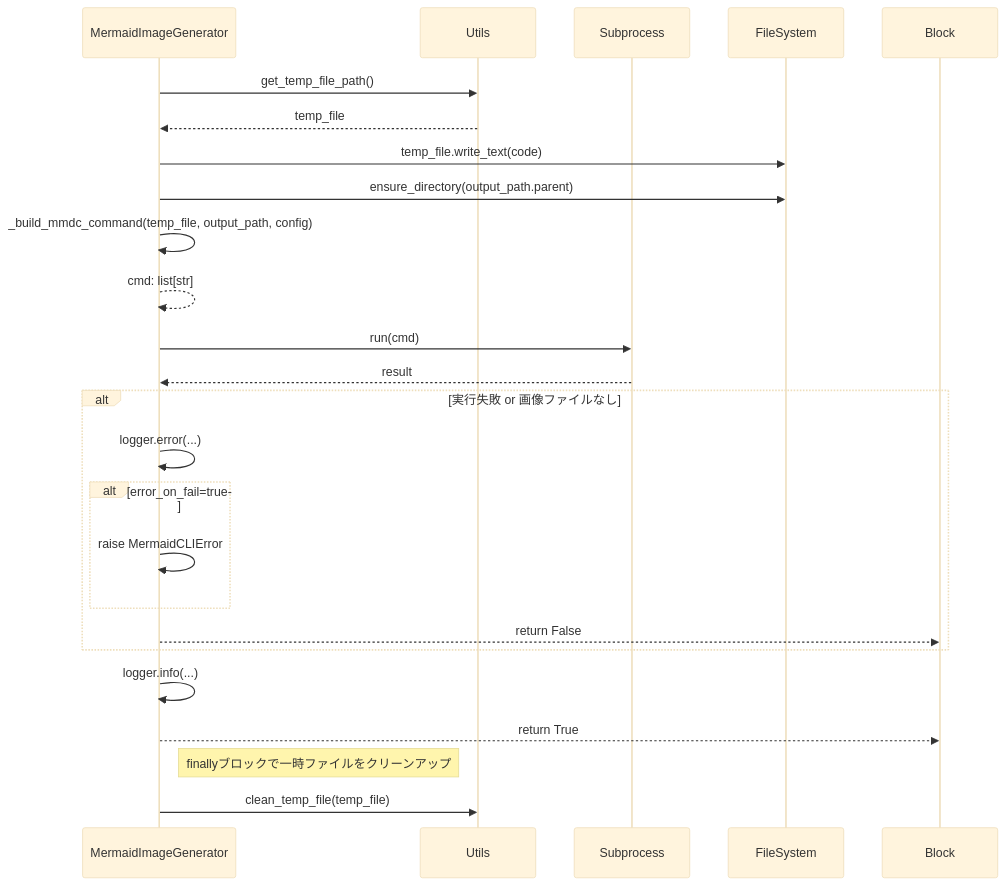
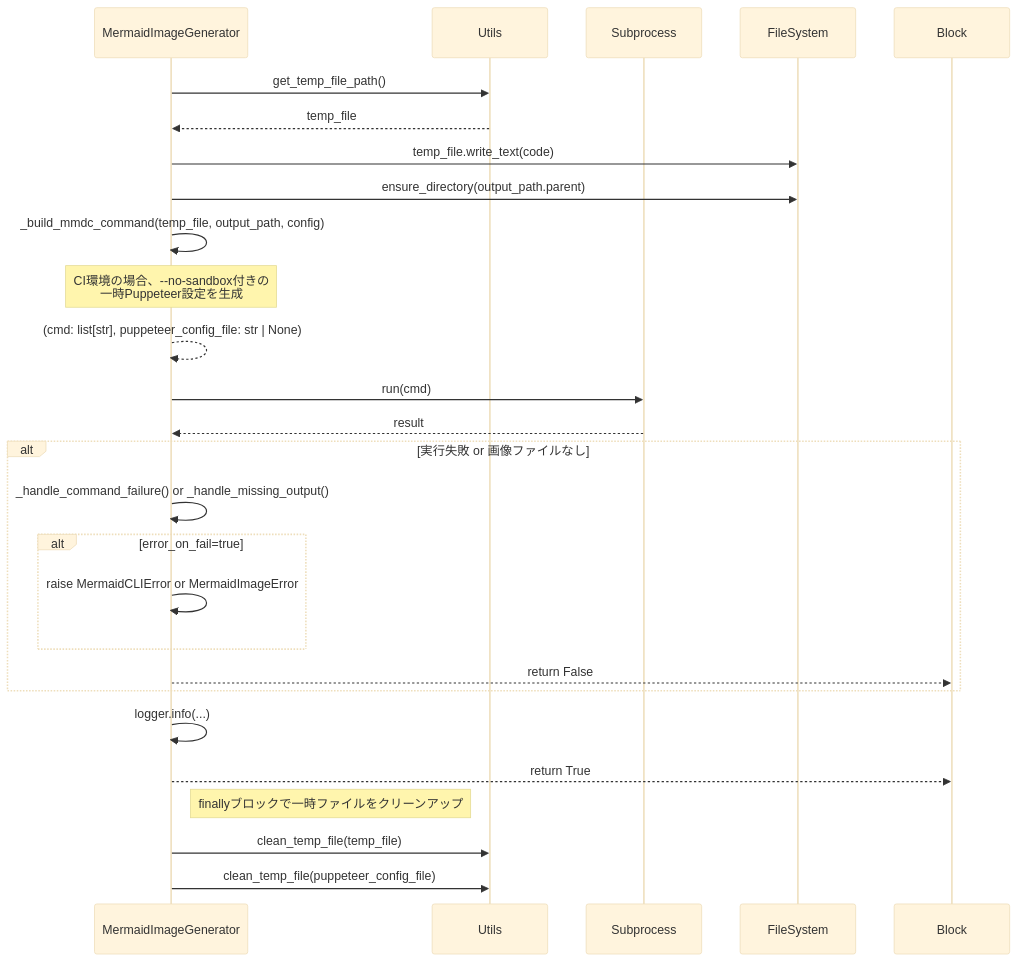
Before and after one commit to nuitsjp/mkdocs-mermaid-to-svg: the sixth of 7 diagrams in docs/architecture.md, drawn with Mermaid (base theme). The commit also changed other lines of this file, not shown here.

````diff
--- a/docs/architecture.md
+++ b/docs/architecture.md
@@ -285,34 +286,36 @@
 ```mermaid
 sequenceDiagram
     participant ImgGen as MermaidImageGenerator
     participant Utils
     participant Subprocess
     participant FileSystem
 
     ImgGen->>Utils: get_temp_file_path()
     Utils-->>ImgGen: temp_file
 
     ImgGen->>FileSystem: temp_file.write_text(code)
 
     ImgGen->>FileSystem: ensure_directory(output_path.parent)
 
     ImgGen->>ImgGen: _build_mmdc_command(temp_file, output_path, config)
-    ImgGen-->>ImgGen: cmd: list[str]
+    Note over ImgGen: CI環境の場合、--no-sandbox付きの<br/>一時Puppeteer設定を生成
+    ImgGen-->>ImgGen: (cmd: list[str], puppeteer_config_file: str | None)
 
     ImgGen->>Subprocess: run(cmd)
     Subprocess-->>ImgGen: result
 
     alt 実行失敗 or 画像ファイルなし
-        ImgGen->>ImgGen: logger.error(...)
+        ImgGen->>ImgGen: _handle_command_failure() or _handle_missing_output()
         alt error_on_fail=true
-            ImgGen->>ImgGen: raise MermaidCLIError
+            ImgGen->>ImgGen: raise MermaidCLIError or MermaidImageError
         end
         ImgGen-->>Block: return False
     end
 
     ImgGen->>ImgGen: logger.info(...)
     ImgGen-->>Block: return True
 
     note right of ImgGen: finallyブロックで一時ファイルをクリーンアップ
     ImgGen->>Utils: clean_temp_file(temp_file)
+    ImgGen->>Utils: clean_temp_file(puppeteer_config_file)
 ```
````
